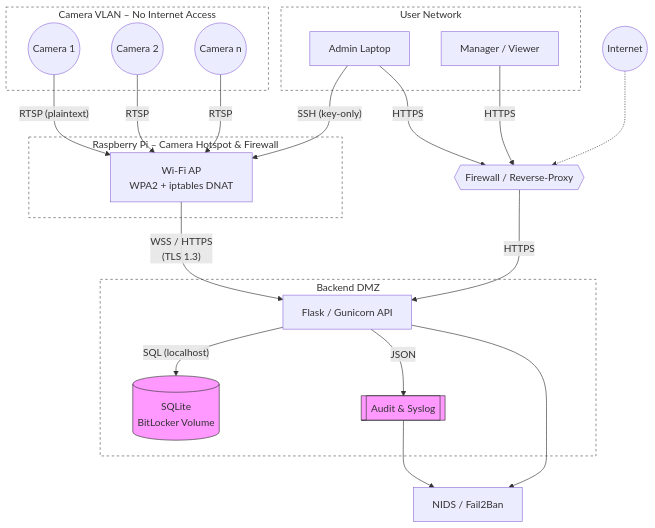
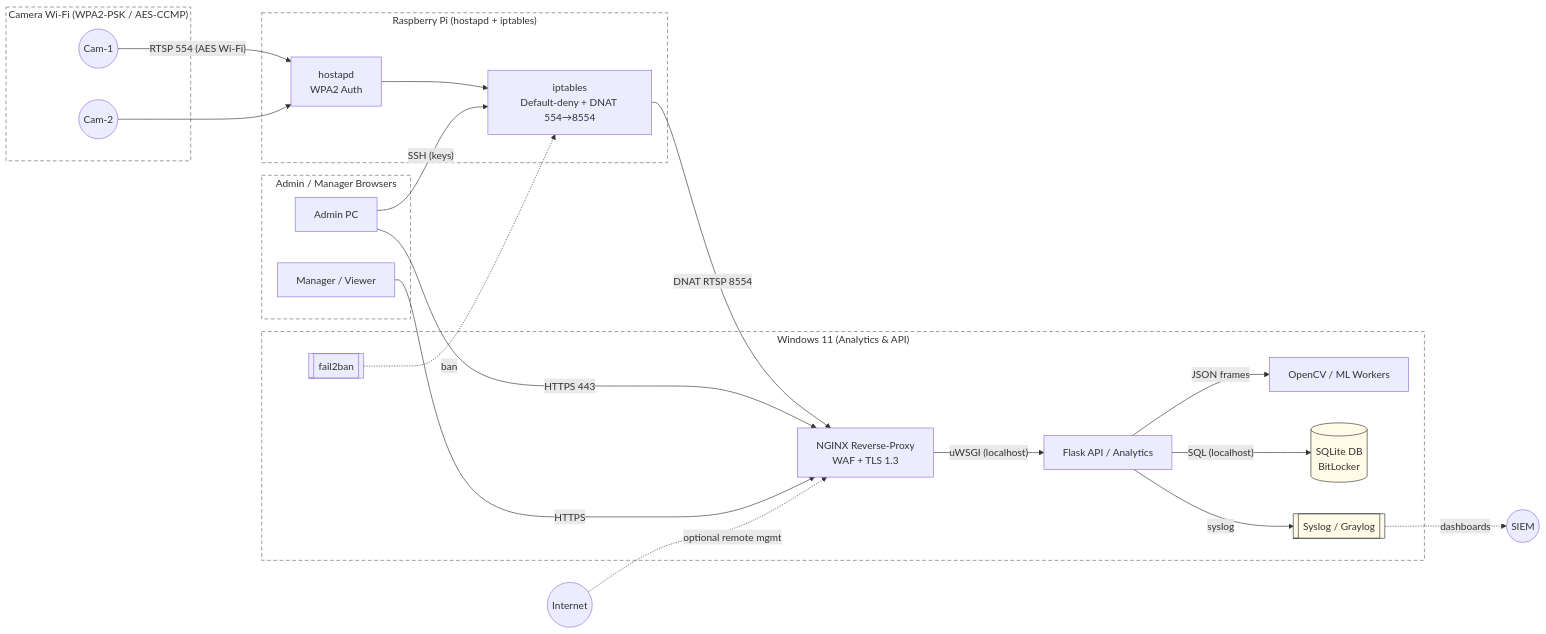
One commit to phloof/reviision changed the first of 3 diagrams in security.md. Above: the diagram before and after it, drawn with Mermaid. The commit also changed other lines of this file and 1 other file, not shown here.

````diff
--- a/security.md
+++ b/security.md
@@ -69,60 +69,52 @@
 ```mermaid
-flowchart TD
+flowchart LR
+    %% ==== ZONES ====
+    subgraph CAM_WIFI["Camera Wi-Fi (WPA2-PSK / AES-CCMP)"]
+        C1((Cam-1))
+        C2((Cam-2))
+    end
 
-%%==================== ZONE DEFINITIONS ====================
-subgraph CAM_VLAN["Camera VLAN – No Internet Access"]
-    C1((Camera 1))
-    C2((Camera 2))
-    C3((Camera n))
-end
+    subgraph PI_EDGE["Raspberry Pi  (hostapd + iptables)"]
+        AP["hostapd<br/>WPA2 Auth"]
+        FW["iptables\nDefault-deny + DNAT 554→8554"]
+    end
 
-subgraph EDGE_PI["Raspberry Pi – Camera Hotspot & Firewall"]
-    PI["Wi-Fi AP<br/>WPA2 + iptables DNAT"]
-end
+    subgraph WIN_HOST["Windows 11  (Analytics & API)"]
+        NGINX["NGINX Reverse-Proxy<br/>WAF + TLS 1.3"]
+        API["Flask API / Analytics"]
+        WORKER["OpenCV / ML Workers"]
+        SQL[(SQLite DB<br/>BitLocker)]
+        LOG[[Syslog / Graylog]]
+        F2B[[fail2ban]]
+    end
 
-subgraph DMZ["Backend DMZ"]
-    BE["Flask / Gunicorn API"]
-    DB[(SQLite<br/>BitLocker Volume)]
-    LOGS[[Audit & Syslog]]
-end
+    subgraph USERS["Admin / Manager Browsers"]
+        ADMIN["Admin PC"]
+        VIEWER["Manager / Viewer"]
+    end
 
-subgraph USER_NET["User Network"]
-    ADMINPC["Admin Laptop"]
-    MANAGERPC["Manager / Viewer"]
-end
+    Internet((Internet))
 
-Internet((Internet))
-FW{{Firewall / Reverse-Proxy}}
+    %% ==== FLOWS ====
+    C1 -- "RTSP 554 (AES Wi-Fi)" --> AP
+    C2 --> AP
+    AP --> FW
+    FW -- "DNAT RTSP 8554" --> NGINX
+    NGINX -- "uWSGI (localhost)" --> API
+    API -- "JSON frames" --> WORKER
+    API -- "SQL (localhost)" --> SQL
+    API -- "syslog" --> LOG
+    F2B -. ban .-> FW
+    LOG -. dashboards .-> Graylog((SIEM))
 
-%%==================== DATA FLOWS ====================
-%% Cameras ➜ Pi
-C1 -- "RTSP (plaintext)" --> PI
-C2 -- RTSP --> PI
-C3 -- RTSP --> PI
+    ADMIN -- "HTTPS 443" --> NGINX
+    VIEWER -- "HTTPS" --> NGINX
+    ADMIN -- "SSH (keys)" --> FW
+    Internet -. optional remote mgmt .-> NGINX
 
-%% Pi ➜ Backend
-PI -- "WSS / HTTPS<br/>(TLS 1.3)" --> BE
-
-%% Backend ➜ DB & Logs
-BE -- "SQL (localhost)" --> DB
-BE -- JSON --> LOGS
-
-%% Users ➜ Backend via Firewall
-ADMINPC -- HTTPS --> FW -- HTTPS --> BE
-MANAGERPC -- HTTPS --> FW
-
-%% Admin Ops ➜ Pi (SSH)
-ADMINPC -- "SSH (key-only)" --> PI
-
-%% Internet separation
-Internet -.-> FW
-
-%%==================== STYLES ====================
-classDef zone fill:none,stroke:#555,stroke-dasharray: 4 4;
-class CAM_VLAN,EDGE_PI,DMZ,USER_NET zone;
-classDef store fill:#f9f,stroke:#333,stroke-width:1px;
-class DB,LOGS store;
-    IDS["NIDS / Fail2Ban"]
-    LOGS --> IDS
-    BE --> IDS
-``` 
+    %% ==== STYLES ====
+    classDef zone fill:none,stroke:#666,stroke-dasharray:6 4;
+    class CAM_WIFI,PI_EDGE,WIN_HOST,USERS zone;
+    classDef storage fill:#fffbe6,stroke:#333;
+    class SQL,LOG storage;
+```
````
